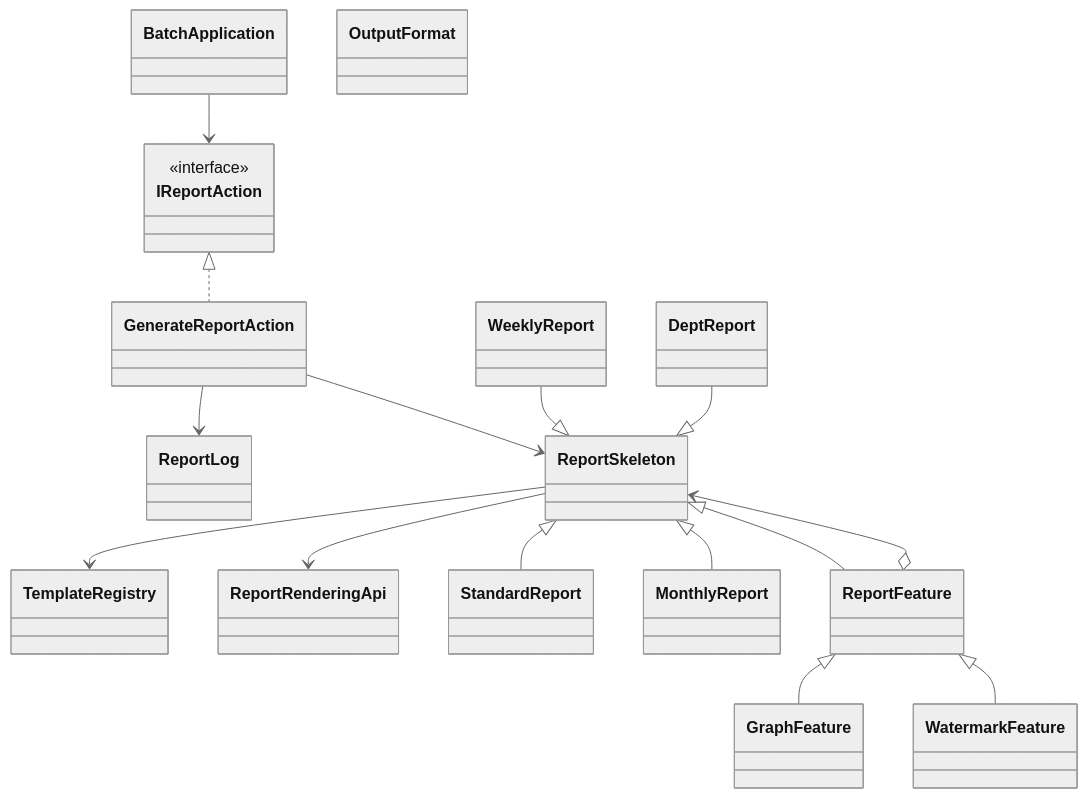
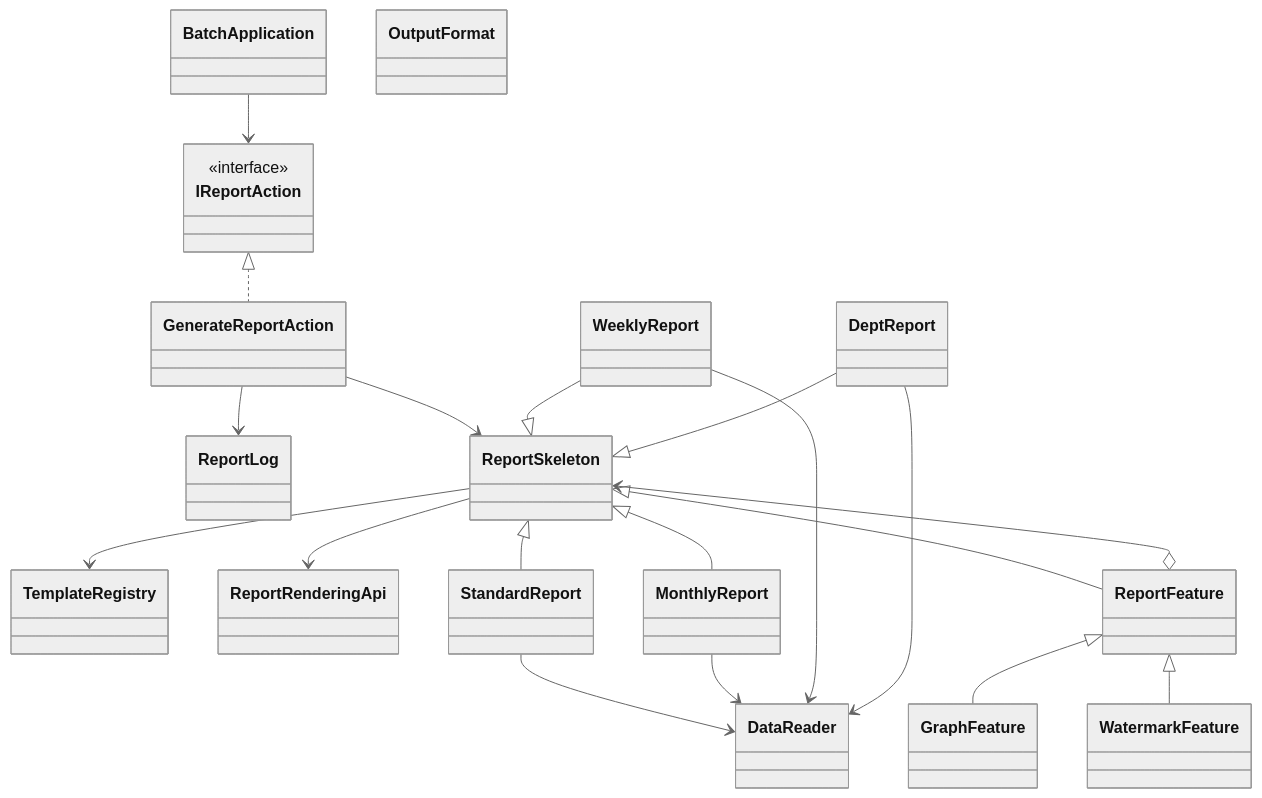
One commit to kumachan1101-pixel/DesignPattern changed the tenth of 14 diagrams in kindle/design-patterns/output/chapter11.md. Above: the diagram before and after it, drawn with Mermaid (neutral theme). The commit also changed other lines of this file, not shown here.

First line of the commit message:
Chapter 11: DataReader loads real sales data and computes aggregation

````diff
--- a/kindle/design-patterns/output/chapter11.md
+++ b/kindle/design-patterns/output/chapter11.md
@@ -1742,32 +1794,37 @@
 ```mermaid
 classDiagram
     class WeeklyReport
     class DeptReport
     class TemplateRegistry
     class ReportRenderingApi
     class ReportLog
     class BatchApplication
     class OutputFormat
     class ReportSkeleton
     class StandardReport
     class MonthlyReport
     class ReportFeature
     class GraphFeature
     class WatermarkFeature
+    class DataReader
     class IReportAction { <<interface>> }
     class GenerateReportAction
     ReportSkeleton <|-- StandardReport
     ReportSkeleton <|-- MonthlyReport
     ReportSkeleton <|-- ReportFeature
     ReportFeature o--> ReportSkeleton
     ReportFeature <|-- GraphFeature
     ReportFeature <|-- WatermarkFeature
     IReportAction <|.. GenerateReportAction
     GenerateReportAction --> ReportSkeleton
     WeeklyReport --|> ReportSkeleton
     DeptReport --|> ReportSkeleton
+    StandardReport --> DataReader
+    MonthlyReport --> DataReader
+    WeeklyReport --> DataReader
+    DeptReport --> DataReader
     ReportSkeleton --> TemplateRegistry
     ReportSkeleton --> ReportRenderingApi
     GenerateReportAction --> ReportLog
     BatchApplication --> IReportAction
 ```
````
